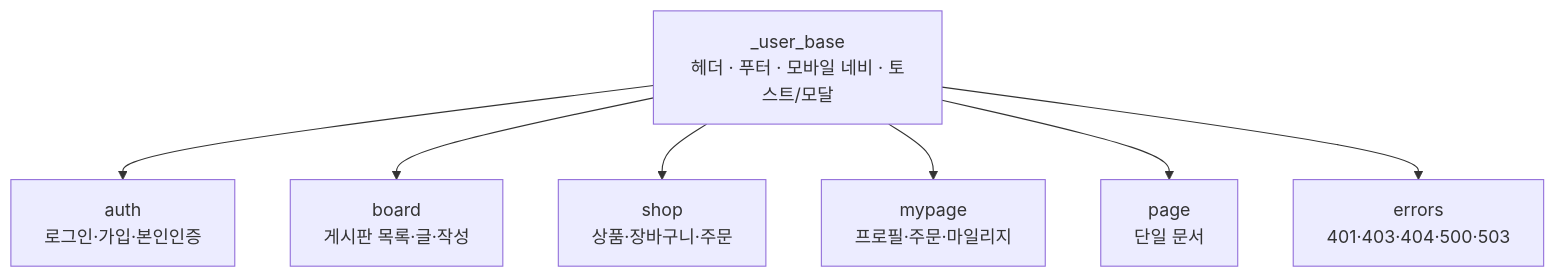
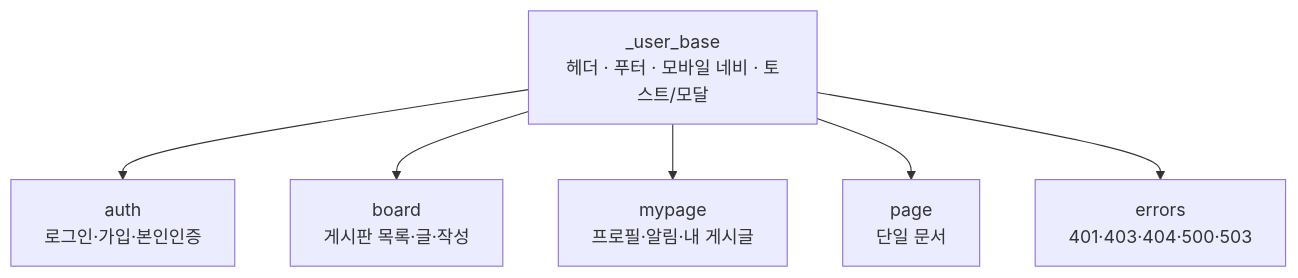
Before and after one commit to William1607cho/g7-wc-community: the first of 2 diagrams in README.md, drawn with Mermaid. The commit also changed other lines of this file and 124 other files, not shown here.

````diff
--- a/README.md
+++ b/README.md
@@ -95,9 +94,8 @@
 ```mermaid
 flowchart TD
   B[_user_base<br/>헤더 · 푸터 · 모바일 네비 · 토스트/모달] --> A[auth<br/>로그인·가입·본인인증]
   B --> BD[board<br/>게시판 목록·글·작성]
-  B --> S[shop<br/>상품·장바구니·주문]
-  B --> M[mypage<br/>프로필·주문·마일리지]
+  B --> M[mypage<br/>프로필·알림·내 게시글]
   B --> P[page<br/>단일 문서]
   B --> E[errors<br/>401·403·404·500·503]
 ```
````
